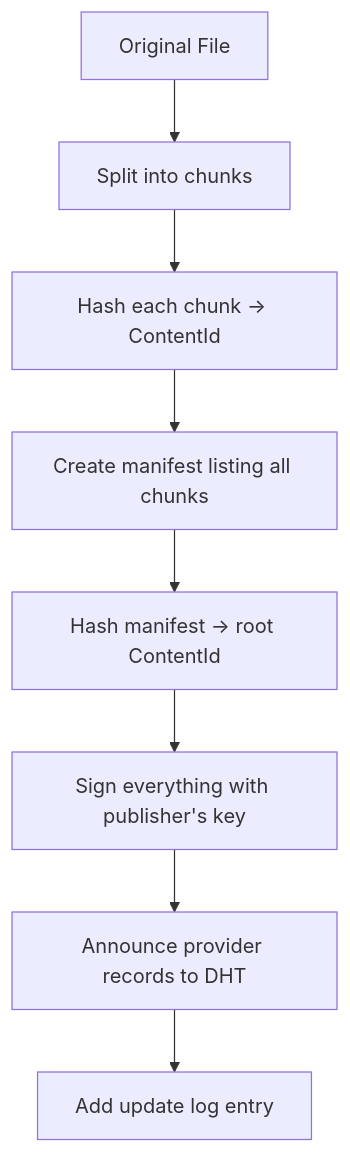
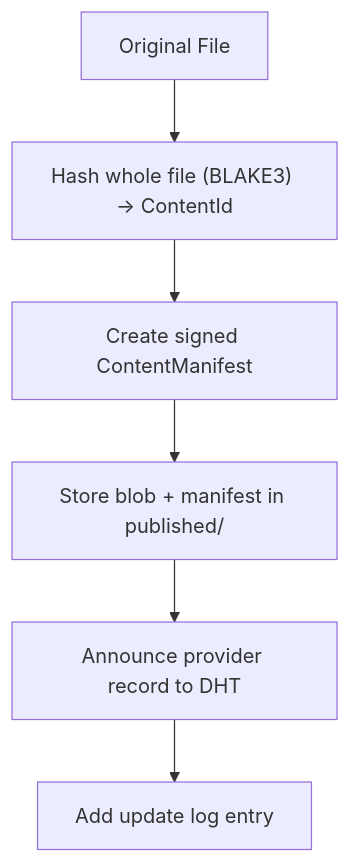
The first of 5 diagrams in docs/07-content-distribution.md (alexanderwanyoike/jolt), drawn with Mermaid before and after one commit. The commit also changed other lines of this file and 9 other files, not shown here.

````diff
--- a/docs/07-content-distribution.md
+++ b/docs/07-content-distribution.md
@@ -17,10 +17,8 @@
 ```mermaid
 flowchart TD
-    File["Original File"] --> Chunk["Split into chunks"]
-    Chunk --> Hash["Hash each chunk -> ContentId"]
-    Hash --> Manifest["Create manifest listing all chunks"]
-    Manifest --> ManifestHash["Hash manifest -> root ContentId"]
-    ManifestHash --> Sign["Sign everything with publisher's key"]
-    Sign --> DHT["Announce provider records to DHT"]
+    File["Original File"] --> Hash["Hash whole file (BLAKE3) -> ContentId"]
+    Hash --> Manifest["Create signed ContentManifest"]
+    Manifest --> Store["Store blob + manifest in published/"]
+    Store --> DHT["Announce provider record to DHT"]
     DHT --> Log["Add update log entry"]
 ```
````
